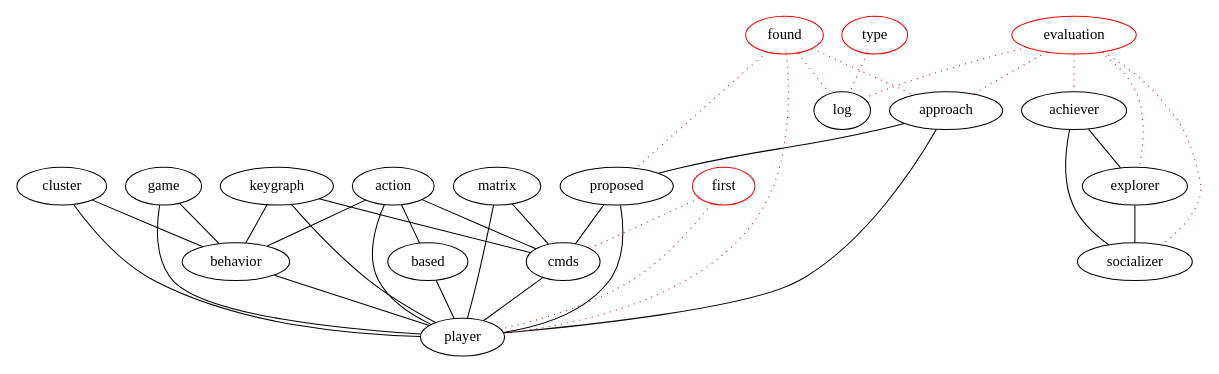
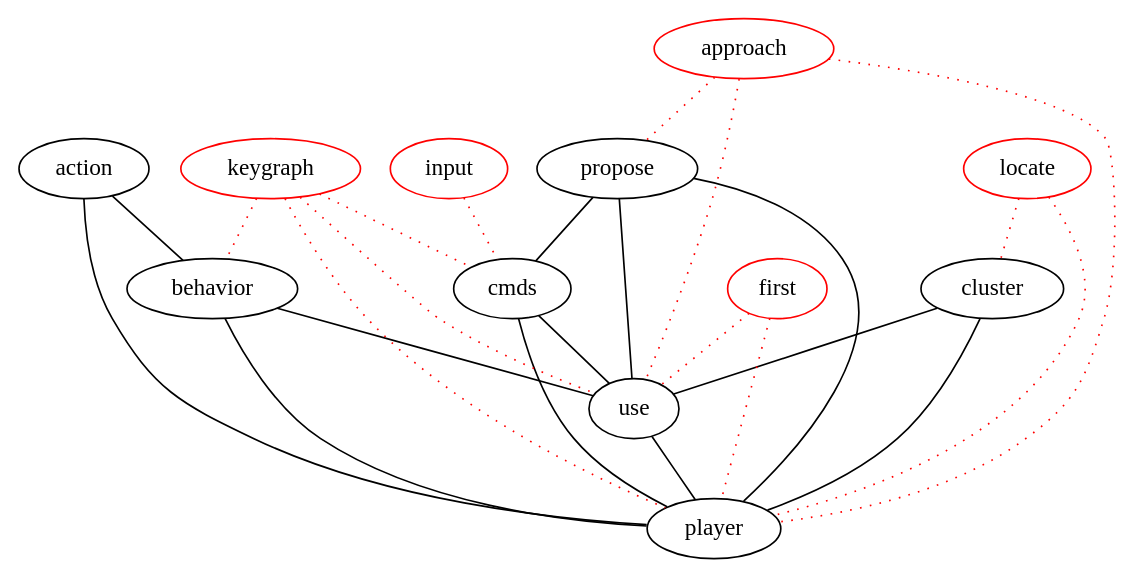
The diagram in dot/abstract.dot (michaelweiss/keygraph), drawn with Graphviz before and after one commit. The commit also changed 5 other files, not shown here.

```diff
--- a/dot/abstract.dot
+++ b/dot/abstract.dot
@@ -1,56 +1,39 @@
 graph keygraph {
 graph [size="10,10"]
-keygraph [color="black"]
-explorer [color="black"]
-matrix [color="black"]
-socializer [color="black"]
+cmds [color="black"]
+cluster [color="black"]
+propose [color="black"]
 player [color="black"]
-cluster [color="black"]
-based [color="black"]
+use [color="black"]
 behavior [color="black"]
-achiever [color="black"]
-proposed [color="black"]
-approach [color="black"]
-cmds [color="black"]
-game [color="black"]
 action [color="black"]
-type [color="red"]
-found [color="red"]
-evaluation [color="red"]
+keygraph [color="red"]
+input [color="red"]
+locate [color="red"]
+approach [color="red"]
 first [color="red"]
-approach--proposed
-keygraph--behavior
-keygraph--cmds
-keygraph--player
-matrix--cmds
-matrix--player
-proposed--cmds
-proposed--player
-cluster--behavior
-action--based
-action--cmds
-game--behavior
-achiever--explorer
-achiever--socializer
-explorer--socializer
-approach--player
 action--behavior
+propose--cmds
+propose--use
+propose--player
+behavior--use
+cluster--use
+cmds--use
+action--player
 cluster--player
-based--player
-action--player
-game--player
 cmds--player
+use--player
 behavior--player
-found--proposed [color="red", style="dotted"]
-found--player [color="red", style="dotted"]
-evaluation--achiever [color="red", style="dotted"]
-evaluation--approach [color="red", style="dotted"]
-evaluation--log [color="red", style="dotted"]
-evaluation--explorer [color="red", style="dotted"]
-evaluation--socializer [color="red", style="dotted"]
-first--cmds [color="red", style="dotted"]
 first--player [color="red", style="dotted"]
-type--log [color="red", style="dotted"]
-found--approach [color="red", style="dotted"]
-found--log [color="red", style="dotted"]
+first--use [color="red", style="dotted"]
+locate--cluster [color="red", style="dotted"]
+locate--player [color="red", style="dotted"]
+keygraph--cmds [color="red", style="dotted"]
+keygraph--player [color="red", style="dotted"]
+keygraph--use [color="red", style="dotted"]
+keygraph--behavior [color="red", style="dotted"]
+input--cmds [color="red", style="dotted"]
+approach--propose [color="red", style="dotted"]
+approach--player [color="red", style="dotted"]
+approach--use [color="red", style="dotted"]
 }
```
